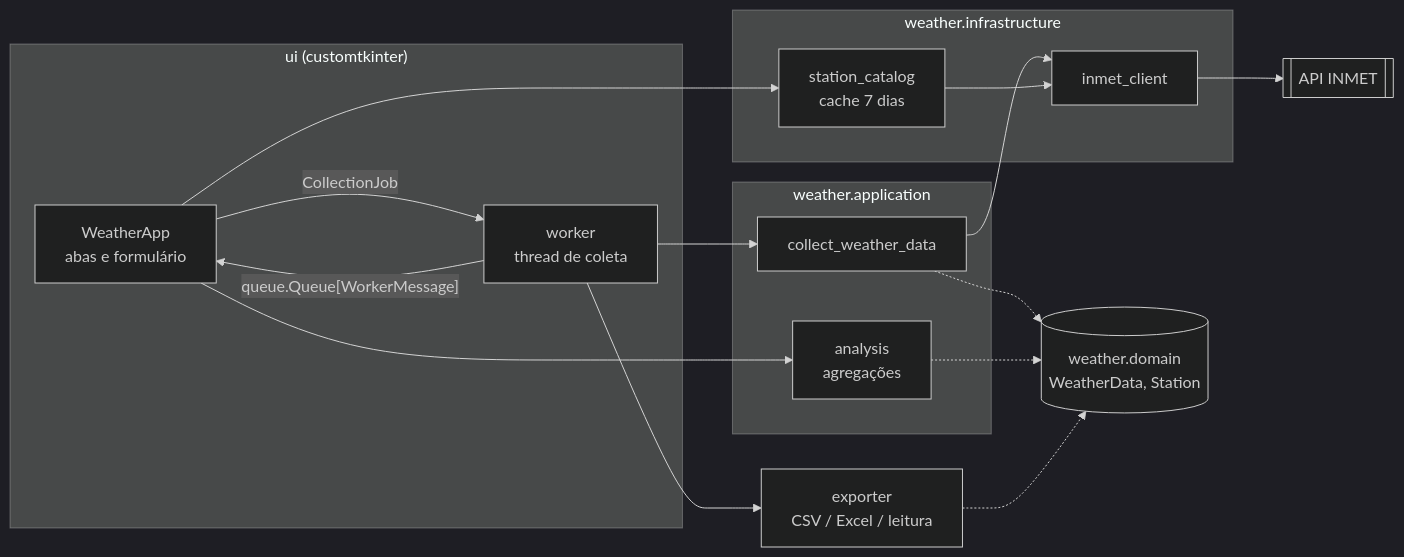
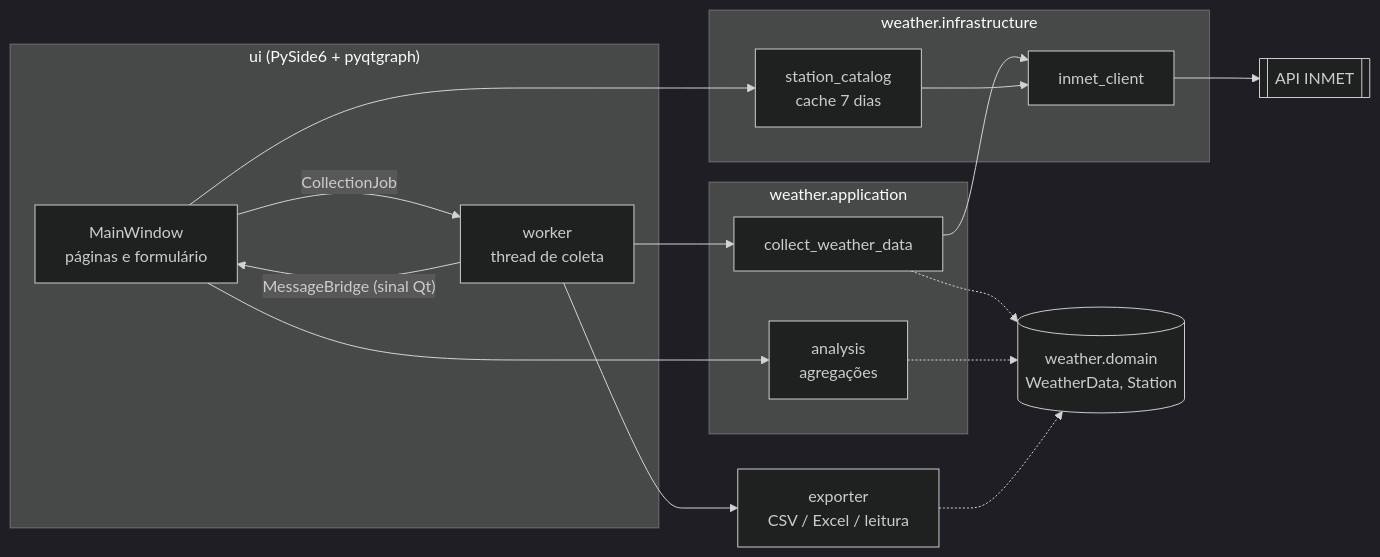
The diagram in README.md (PaulitoRenatito/GeoclimaProject), drawn with Mermaid (dark theme) before and after one commit. The commit also changed other lines of this file and 53 other files, not shown here.

First line of the commit message:
refactor!: replace the customtkinter UI with PySide6

````diff
--- a/README.md
+++ b/README.md
@@ -51,26 +51,26 @@
 ```mermaid
 flowchart LR
-    subgraph UI["ui (customtkinter)"]
-        App[WeatherApp<br/>abas e formulário]
+    subgraph UI["ui (PySide6 + pyqtgraph)"]
+        App[MainWindow<br/>páginas e formulário]
         Worker[worker<br/>thread de coleta]
     end
     subgraph APP["weather.application"]
         Collect[collect_weather_data]
         Analysis[analysis<br/>agregações]
     end
     subgraph INFRA["weather.infrastructure"]
         Client[inmet_client]
         Catalog[station_catalog<br/>cache 7 dias]
     end
     Domain[(weather.domain<br/>WeatherData, Station)]
     Exporter[exporter<br/>CSV / Excel / leitura]
     INMET[[API INMET]]
 
     App -- CollectionJob --> Worker
-    Worker -- "queue.Queue[WorkerMessage]" --> App
+    Worker -- "MessageBridge (sinal Qt)" --> App
     Worker --> Collect --> Client --> INMET
     Worker --> Exporter
     App --> Catalog --> Client
     App --> Analysis
     Collect & Analysis & Exporter -.-> Domain
 ```
````
